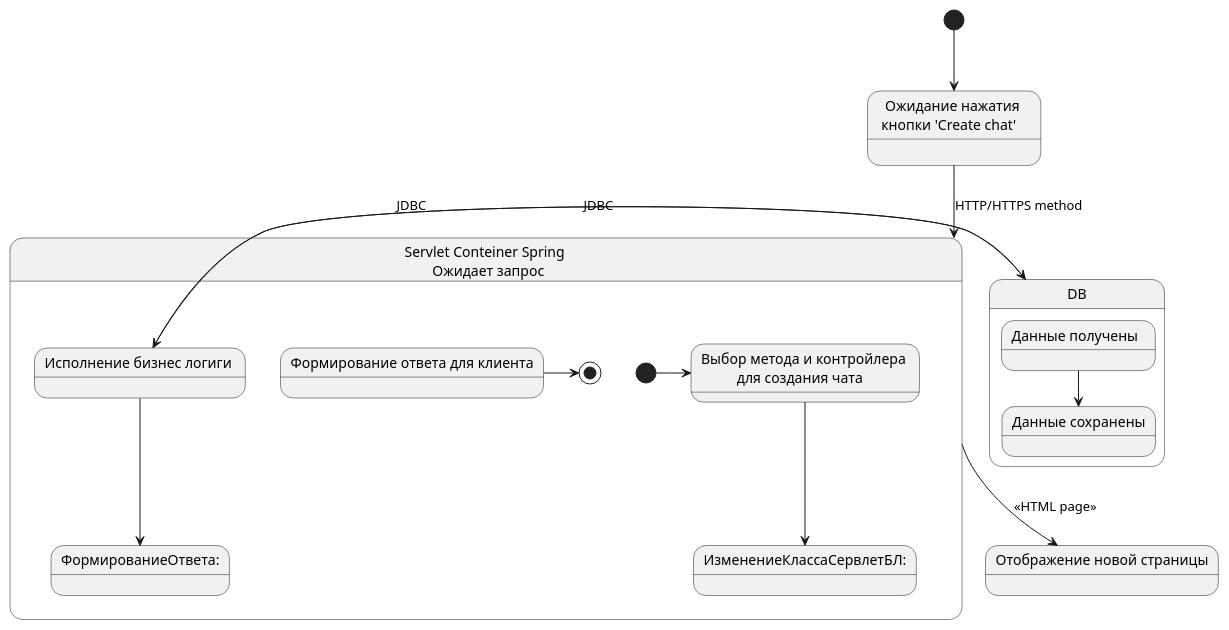
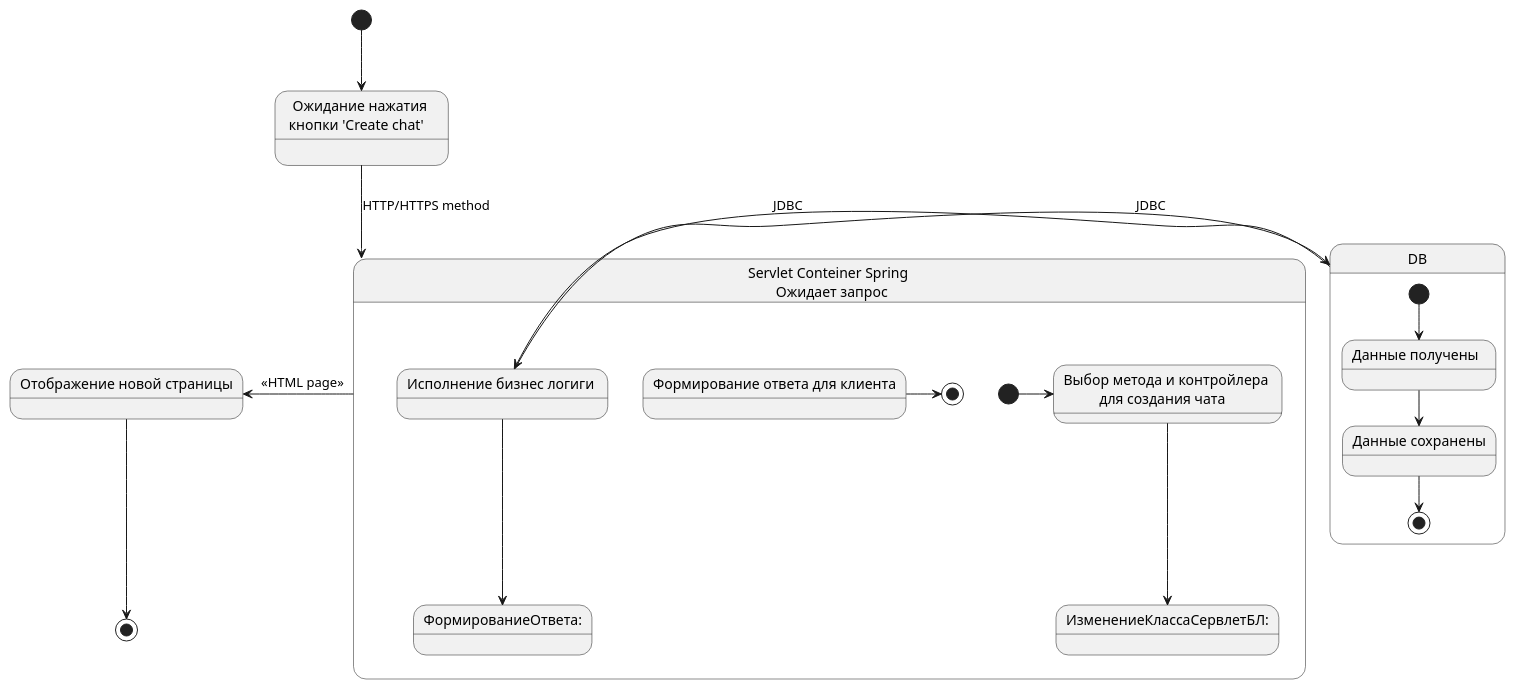
One commit to Pahoomich/nwchat changed the diagram in UML/state machine diagram/create_chat.puml. Above: the diagram before and after it, drawn with PlantUML.

Commit message:
changed state diagram

```diff
--- a/UML/state machine diagram/create_chat.puml
+++ b/UML/state machine diagram/create_chat.puml
@@ -1,66 +1,69 @@
 @startuml
 '[*] --> ResourcesProcessing
 '
 'state ResourcesProcessing {
 '  [*] --> PushOrederButtomIsPress
 '  PushOrederButtomIsPress --> CreateChatPageIsOpen
 '  CreateChatPageIsOpen --> CreateListOfPeople
 '  CreateListOfPeople --> ResultSearch
 '  ResultSearch --> BlockPress
 '}
 'CreateListOfPeople --> Controller
 'BlockPress --> Controller
 'state Controller{
 '    state request_response {
 '
 '    }
 '    state query_db {
 '
 '    }
 '
 '    Controller --> request_response
 '    request_response -> query_db
 '    query_db --> request_response: listOfStaff
 '}
 '
 '
 'State "'Create chat' Buttom is press    " as PushOrederButtomIsPress: Нажата кнопка 'Создать чат'
 'State "'Create Chat' Page is open" as CreateChatPageIsOpen: Страница 'Создание чата' \n открыта у Управляющего на экране
 'State "Creating a list \n of available staffs   " as CreateListOfPeople: Формирование списка людей \n доступных для создания чата
 'State "Request generation    " as RequestGen
 'State "Displaying Result of search  " as ResultSearch
 'State "Block with staff is press   " as BlockPress
 
 [*] --> ИзменениеОбъектаВРесурсах
 state ИзменениеОбъектаВРесурсах {
 
 }
 
 state ИзменениеКлассаСервлет {
     state "Выбор метода и контройлера \n для создания чата    " as ИзменениеВКонтройлере
     [*] -> ИзменениеВКонтройлере
     state "Выбор модели" as ИзменениеКлассаСервлетБЛ
     ИзменениеВКонтройлере --> ИзменениеКлассаСервлетБЛ: <<ChatModel>>
     ИзменениеКлассаСервлетБЛ --> ФормированиеОтвета:<<ModelAndView>>
     ФормированиеОтвета -> [*]
 }
 ИзменениеОбъектаВРесурсах --> ИзменениеКлассаСервлет :HTTP/HTTPS method
 
 
 state DB {
     state "Данные получены  " as data_recive
     state "Данные сохранены" as data_save
+    [*] --> data_recive
     data_recive --> data_save
+    data_save --> [*]
 }
 ИзменениеКлассаСервлетБЛ -> DB :JDBC
 DB -> ИзменениеКлассаСервлетБЛ :JDBC
 
-ИзменениеКлассаСервлет --> НоваяСтраница : <<HTML page>>
+ИзменениеКлассаСервлет -left-> НоваяСтраница : <<HTML page>>
+НоваяСтраница --> [*]
 
 state "Ожидание нажатия \n кнопки 'Create chat'    " as ИзменениеОбъектаВРесурсах:
 state "Servlet Conteiner Spring \n Ожидает запрос" as ИзменениеКлассаСервлет
 state "Исполнение бизнес логиги " as ИзменениеКлассаСервлетБЛ
 state "Формирование ответа для клиента" as ФормированиеОтвета
 state "Отображение новой страницы" as НоваяСтраница
 
 @enduml
```
